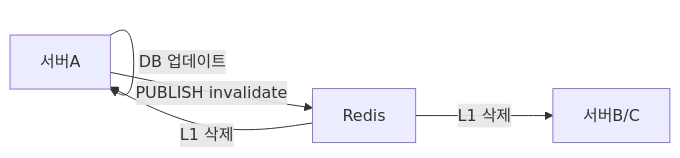
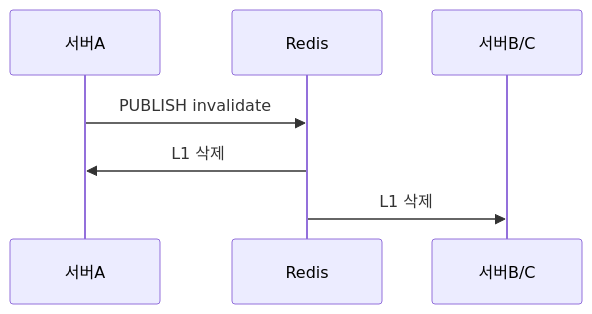
Before and after one commit to yjkim2015/yjkim2015.github.io: the sixth of 8 diagrams in _posts/caching/2026-05-03-cache-invalidation.md, drawn with Mermaid. The commit also changed other lines of this file and 89 other files, not shown here.

First line of the commit message:
복잡한 flowchart 163개 → sequenceDiagram 변환 (90파일)

````diff
--- a/_posts/caching/2026-05-03-cache-invalidation.md
+++ b/_posts/caching/2026-05-03-cache-invalidation.md
@@ -407,7 +404,6 @@
 ```mermaid
-graph LR
-    S1["서버A"] -->|"DB 업데이트"| S1
-    S1 -->|"PUBLISH invalidate"| Redis["Redis"]
-    Redis -->|"L1 삭제"| S1
-    Redis -->|"L1 삭제"| S2["서버B/C"]
+sequenceDiagram
+    서버A->>Redis: PUBLISH invalidate
+    Redis->>서버A: L1 삭제
+    Redis->>서버B/C: L1 삭제
 ```
````
